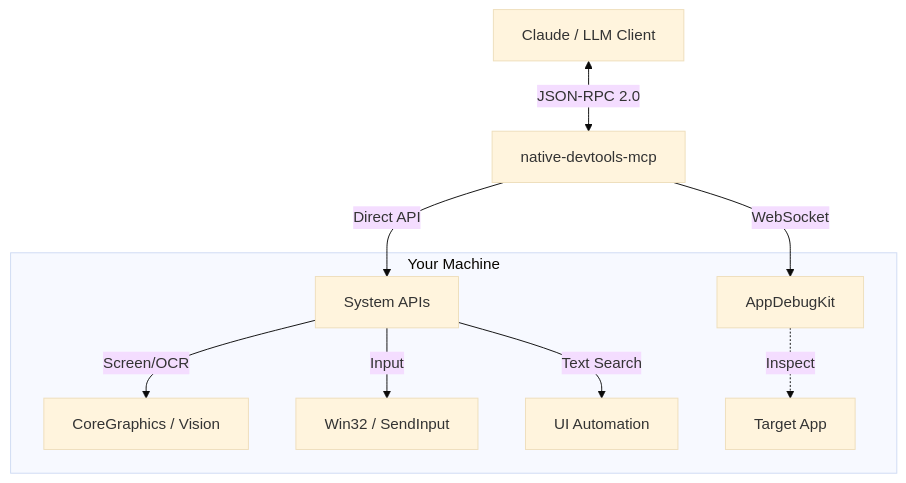
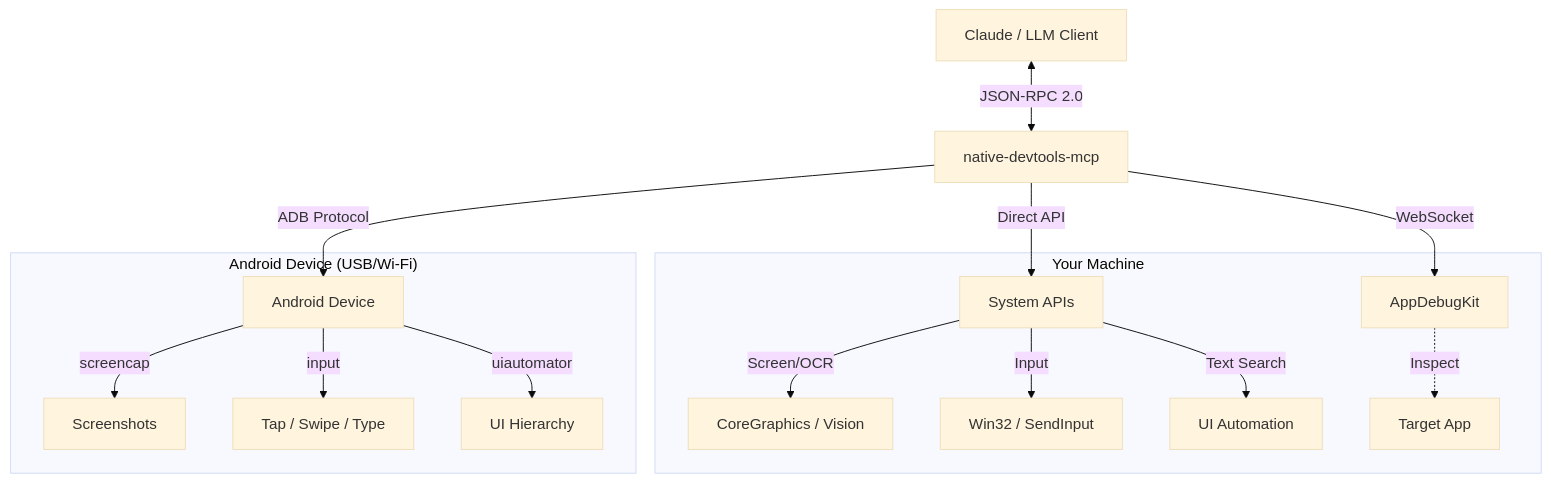
One commit to danielcdcj/native-devtools-mcp changed the diagram in README.md. Above: the diagram before and after it, drawn with Mermaid (base theme). The commit also changed other lines of this file and 1 other file, not shown here.

First line of the commit message:
docs: add Android support to README and AGENTS.md

````diff
--- a/README.md
+++ b/README.md
@@ -182,13 +260,20 @@
 ```mermaid
 graph TD
     Client[Claude / LLM Client] <-->|JSON-RPC 2.0| Server[native-devtools-mcp]
     Server -->|Direct API| Sys[System APIs]
     Server -->|WebSocket| Debug[AppDebugKit]
+    Server -->|ADB Protocol| Android[Android Device]
 
     subgraph "Your Machine"
         Sys -->|Screen/OCR| macOS[CoreGraphics / Vision]
         Sys -->|Input| Win[Win32 / SendInput]
         Sys -->|Text Search| UIA[UI Automation]
         Debug -.->|Inspect| App[Target App]
     end
+
+    subgraph "Android Device (USB/Wi-Fi)"
+        Android -->|screencap| Screen[Screenshots]
+        Android -->|input| Input[Tap / Swipe / Type]
+        Android -->|uiautomator| UITree[UI Hierarchy]
+    end
 ```
````
